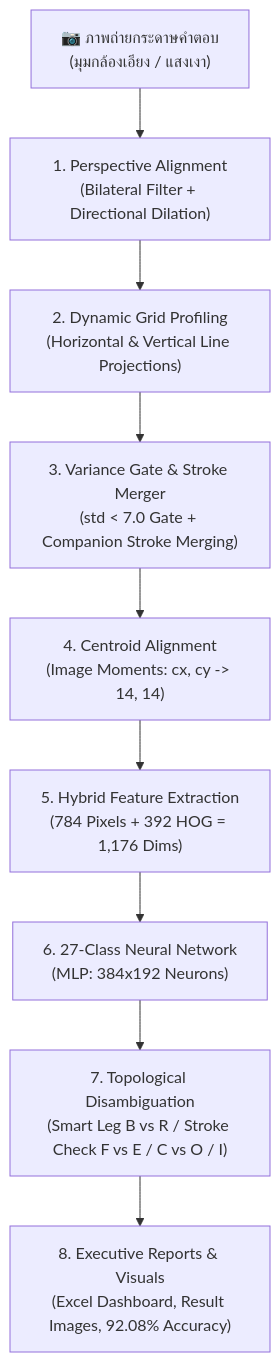
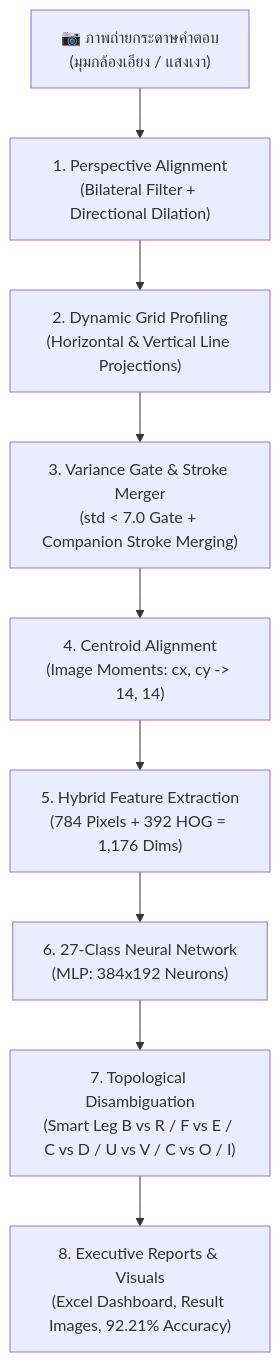
One commit to 67160213-ux/Project_CV changed the diagram in README.md. Above: the diagram before and after it, drawn with Mermaid. The commit also changed other lines of this file and 6 other files, not shown here.

Commit message:
feat: enhance topological disambiguation (D vs C, U vs V, O vs C), achieving 92.21% accuracy

````diff
--- a/README.md
+++ b/README.md
@@ -44,11 +44,11 @@
 ```mermaid
 graph TD
     A["📷 ภาพถ่ายกระดาษคำตอบ<br/>(มุมกล้องเอียง / แสงเงา)"] --> B["1. Perspective Alignment<br/>(Bilateral Filter + Directional Dilation)"]
     B --> C["2. Dynamic Grid Profiling<br/>(Horizontal & Vertical Line Projections)"]
     C --> D["3. Variance Gate & Stroke Merger<br/>(std < 7.0 Gate + Companion Stroke Merging)"]
     D --> E["4. Centroid Alignment<br/>(Image Moments: cx, cy -> 14, 14)"]
     E --> F["5. Hybrid Feature Extraction<br/>(784 Pixels + 392 HOG = 1,176 Dims)"]
     F --> G["6. 27-Class Neural Network<br/>(MLP: 384x192 Neurons)"]
-    G --> H["7. Topological Disambiguation<br/>(Smart Leg B vs R / Stroke Check F vs E / C vs O / I)"]
-    H --> I["8. Executive Reports & Visuals<br/>(Excel Dashboard, Result Images, 92.08% Accuracy)"]
+    G --> H["7. Topological Disambiguation<br/>(Smart Leg B vs R / F vs E / C vs D / U vs V / C vs O / I)"]
+    H --> I["8. Executive Reports & Visuals<br/>(Excel Dashboard, Result Images, 92.21% Accuracy)"]
 ```
````
